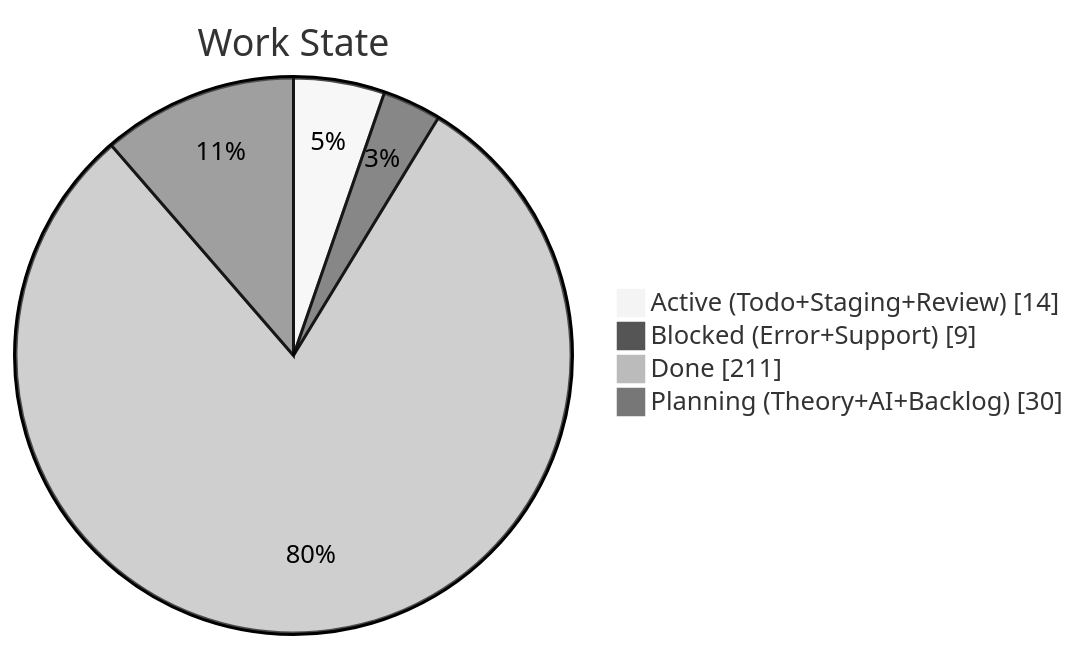
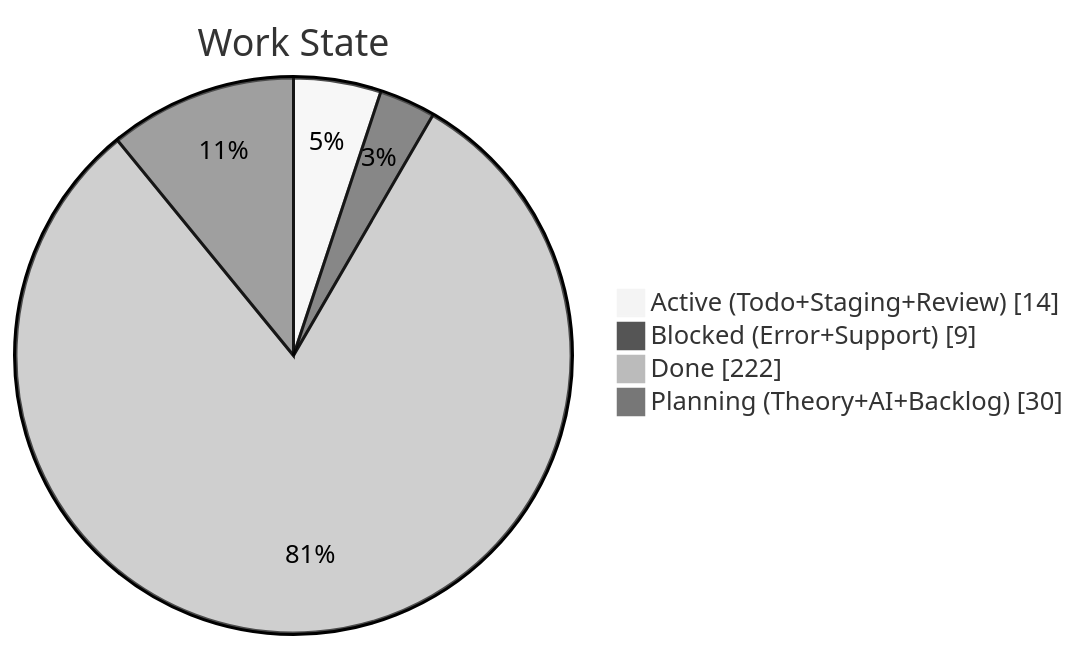
The second of 4 diagrams in apps/kbve/astro-kbve/src/content/docs/dashboard/kanban-data.mdx (KBVE/kbve), drawn with Mermaid (neutral theme) before and after one commit. The commit also changed other lines of this file and 8 other files, not shown here.

````diff
--- a/apps/kbve/astro-kbve/src/content/docs/dashboard/kanban-data.mdx
+++ b/apps/kbve/astro-kbve/src/content/docs/dashboard/kanban-data.mdx
@@ -68,8 +68,8 @@
 ```mermaid
 pie showData
     title Work State
     "Active (Todo+Staging+Review)" : 14
     "Blocked (Error+Support)" : 9
-    "Done" : 211
+    "Done" : 222
     "Planning (Theory+AI+Backlog)" : 30
 ```
````
